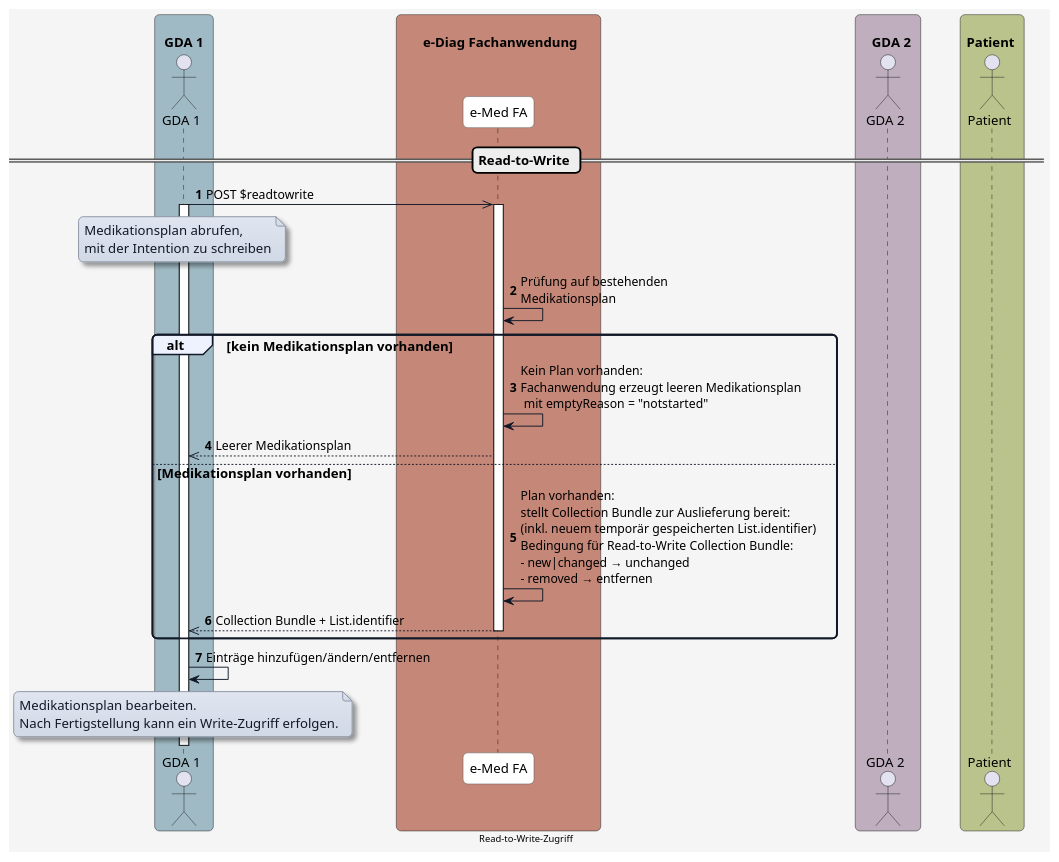
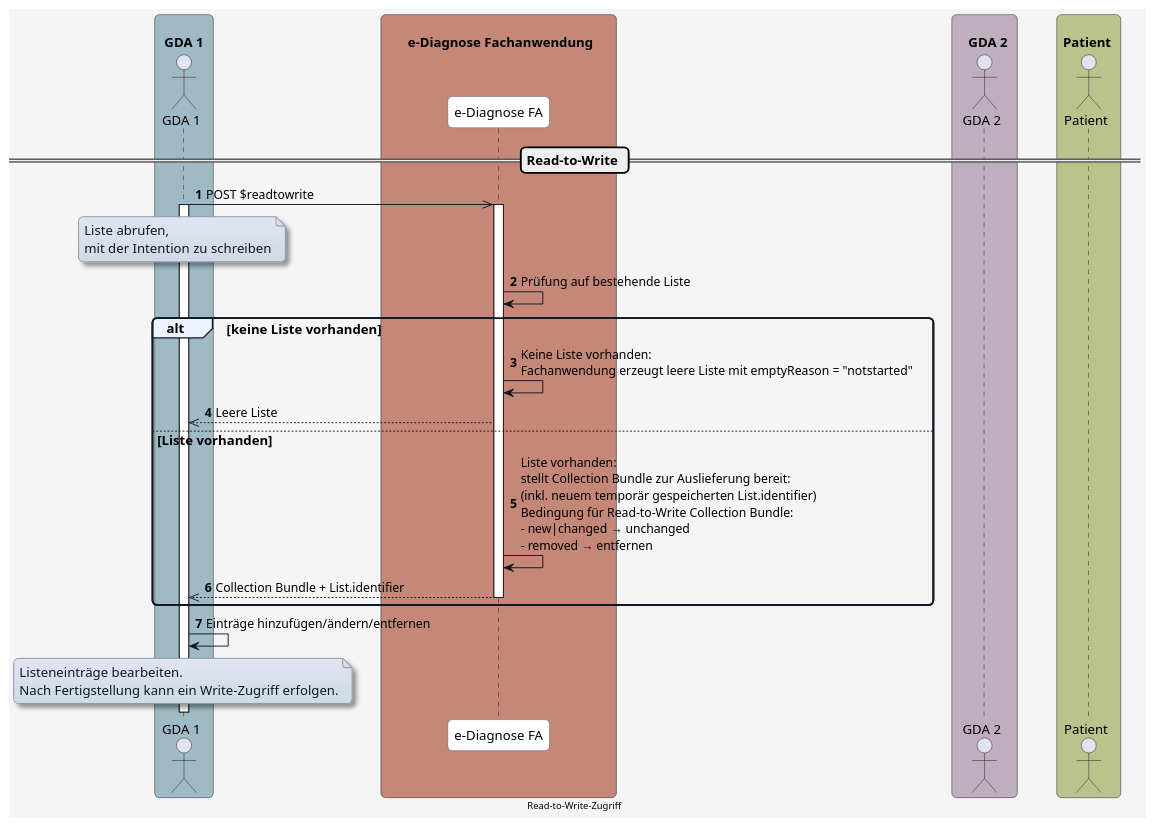
The diagram in plantuml/diagram_readtowrite.plantuml (HL7Austria/ELGA-e-Diagnose-R4), drawn with PlantUML before and after one commit. The commit also changed 5 other files, not shown here.

Commit message:
update comments in der profil and update diagrams

```diff
--- a/plantuml/diagram_readtowrite.plantuml
+++ b/plantuml/diagram_readtowrite.plantuml
@@ -1,94 +1,94 @@
 @startuml
 skinparam borderColor #000000
 skinparam backgroundColor #f5f5f5
 skinparam shadowing false
 skinparam roundCorner 10
 skinparam defaultFontName "Arial"
 skinparam defaultFontSize 14
 skinparam defaultFontColor #000000
 
 skinparam note {
   BackgroundColor #e0e5f0-#d1d9e6
   BorderColor #8b95a5
   BorderThickness 1
   RoundCorner 8
   Padding 6
   FontColor #111827
   Shadowing true
 }
 
 skinparam HyperlinkColor #0000EE
 skinparam HyperlinkUnderline false
 
 skinparam sequence {
   ParticipantBorderColor #555555
   ParticipantBackgroundColor #ffffff
   ParticipantFontColor #000000
   ParticipantFontSize 14
   ParticipantPadding 20
   ArrowColor #111827
   ArrowThickness 1
   ArrowFontColor #000000
   ArrowFontSize 13
   GroupBorderColor #111827
   GroupBackgroundColor #eef2ff
   GroupBorderThickness 2
 }
 
 skinparam BoxPadding 20
 skinparam BoxBorderColor #555555
 
 box "\n  GDA 1  " #9fbac4
   actor GDA_1 as "GDA 1"
 end box
 
-box "\n       e-Diag Fachanwendung      " #C48778
-  participant eDiag_FA as "e-Med FA"
+box "\n       e-Diagnose Fachanwendung      " #C48778
+  participant eDiag_FA as "e-Diagnose FA"
 end box
 
 box "\n    GDA 2  " #beaebe
   actor GDA_2 as "GDA 2"
 end box
 
 box "\n Patient  " #bac38b
   actor Patient as "Patient"
 end box
 
 
 autonumber
 
  
 == Read-to-Write ==
 
 GDA_1 ->> eDiag_FA: POST $readtowrite
 activate GDA_1
 
 note over GDA_1
-Medikationsplan abrufen, 
+Liste abrufen, 
 mit der Intention zu schreiben
 end note
 
 activate eDiag_FA
-eDiag_FA -> eDiag_FA: Prüfung auf bestehenden\nMedikationsplan
+eDiag_FA -> eDiag_FA: Prüfung auf bestehende Liste
 
-alt kein Medikationsplan vorhanden
-  eDiag_FA -> eDiag_FA: Kein Plan vorhanden:\nFachanwendung erzeugt leeren Medikationsplan\n mit emptyReason = "notstarted"
-  eDiag_FA -->> GDA_1: Leerer Medikationsplan
+alt keine Liste vorhanden
+  eDiag_FA -> eDiag_FA: Keine Liste vorhanden:\nFachanwendung erzeugt leere Liste mit emptyReason = "notstarted"
+  eDiag_FA -->> GDA_1: Leere Liste
 
-else Medikationsplan vorhanden
-  eDiag_FA -> eDiag_FA: Plan vorhanden:\nstellt Collection Bundle zur Auslieferung bereit:\n(inkl. neuem temporär gespeicherten List.identifier)\nBedingung für Read-to-Write Collection Bundle:\n- new|changed → unchanged\n- removed → entfernen
+else Liste vorhanden
+  eDiag_FA -> eDiag_FA: Liste vorhanden:\nstellt Collection Bundle zur Auslieferung bereit:\n(inkl. neuem temporär gespeicherten List.identifier)\nBedingung für Read-to-Write Collection Bundle:\n- new|changed → unchanged\n- removed → entfernen
   eDiag_FA -->> GDA_1: Collection Bundle + List.identifier
   deactivate eDiag_FA
 end
 
 GDA_1 -> GDA_1: Einträge hinzufügen/ändern/entfernen
 
 note over GDA_1
-Medikationsplan bearbeiten.
+Listeneinträge bearbeiten.
 Nach Fertigstellung kann ein Write-Zugriff erfolgen.
 end note
 
 center footer Read-to-Write-Zugriff
 
 
 @enduml
```
